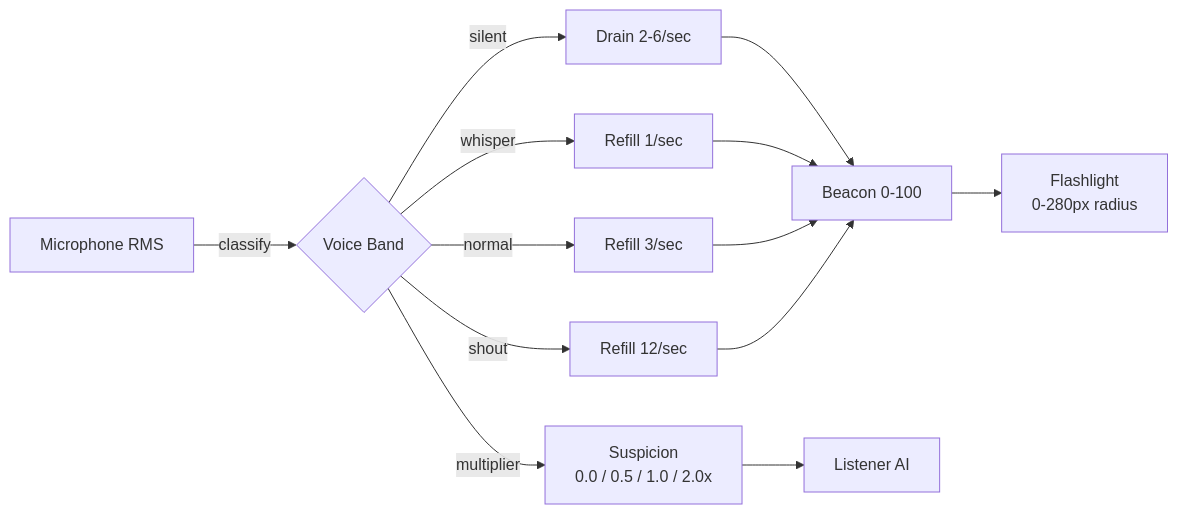
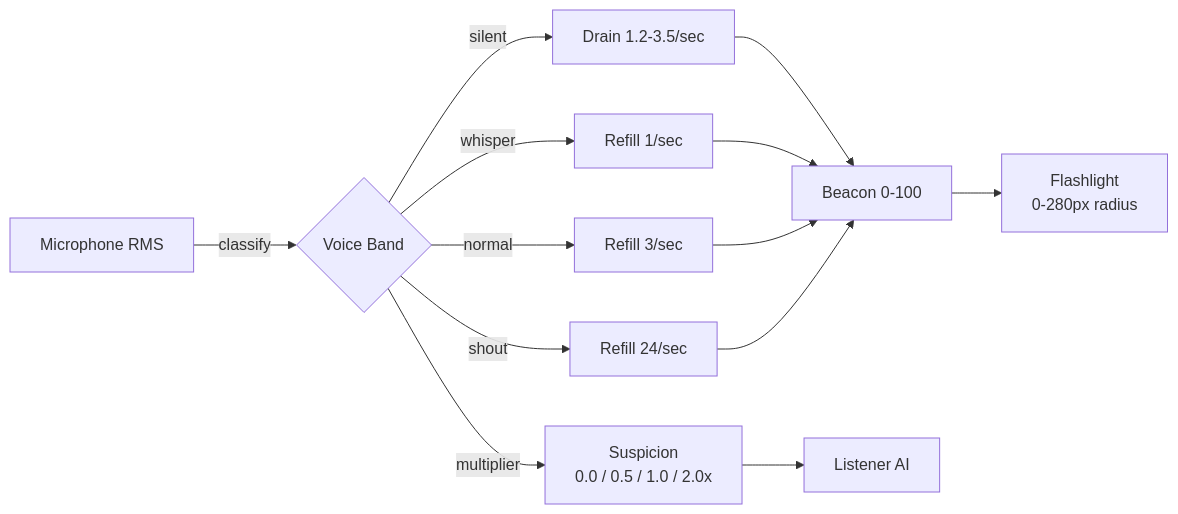
One commit to Andy00L/Earshot changed the fourth of 6 diagrams in README.md. Above: the diagram before and after it, drawn with Mermaid. The commit also changed other lines of this file and 33 other files, not shown here.

````diff
--- a/README.md
+++ b/README.md
@@ -254,15 +268,15 @@
 ```mermaid
 flowchart LR
     MIC[Microphone RMS] -->|classify| BAND{Voice Band}
-    BAND -->|silent| DRAIN[Drain 2-6/sec]
+    BAND -->|silent| DRAIN[Drain 1.2-3.5/sec]
     BAND -->|whisper| R1[Refill 1/sec]
     BAND -->|normal| R2[Refill 3/sec]
-    BAND -->|shout| R3[Refill 12/sec]
+    BAND -->|shout| R3[Refill 24/sec]
     DRAIN --> BV[Beacon 0-100]
     R1 --> BV
     R2 --> BV
     R3 --> BV
     BV --> FL[Flashlight<br>0-280px radius]
     BAND -->|multiplier| SM[Suspicion<br>0.0 / 0.5 / 1.0 / 2.0x]
     SM --> MON[Listener AI]
 ```
````
